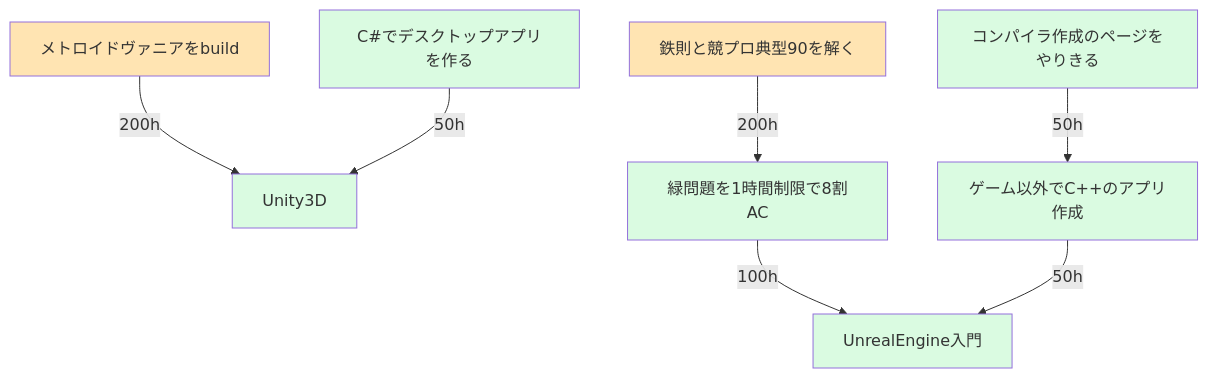
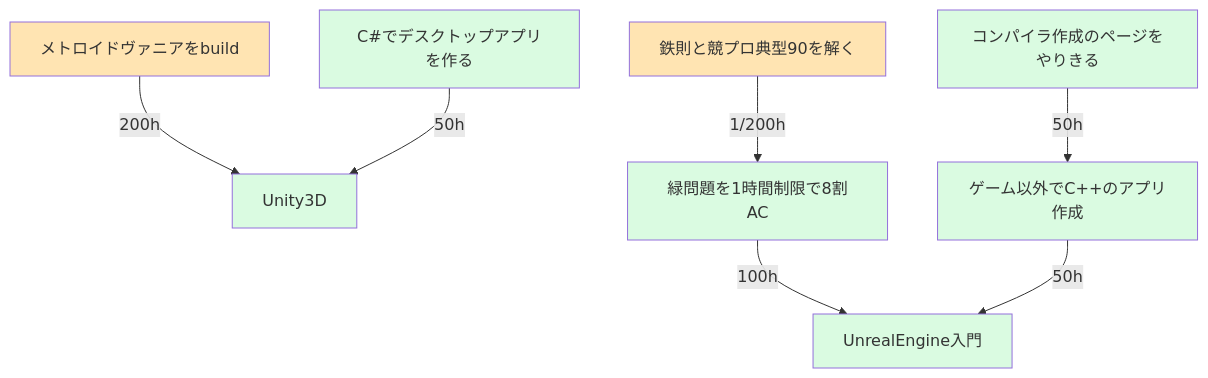
One commit to Toraneko0101/My_learning changed the second of 4 diagrams in tools/learning_path.md. Above: the diagram before and after it, drawn with Mermaid.

Commit message:
learnpath update 12:24/17:00

````diff
--- a/tools/learning_path.md
+++ b/tools/learning_path.md
@@ -51,11 +51,11 @@
 ```mermaid
 graph TD
   classDef todo fill:#dafbe1
   classDef inProgress fill:orange,fill-opacity:0.3
 メトロイドヴァニアをbuild:::inProgress -->|200h| Unity3D:::todo
 C#でデスクトップアプリを作る:::todo --> |50h| Unity3D:::todo
-鉄則と競プロ典型90を解く:::inProgress --> |200h| 緑問題を1時間制限で8割AC:::todo
+鉄則と競プロ典型90を解く:::inProgress --> |1/200h| 緑問題を1時間制限で8割AC:::todo
 緑問題を1時間制限で8割AC:::todo --> |100h| UnrealEngine入門:::todo
 コンパイラ作成のページをやりきる:::todo --> |50h| ゲーム以外でC++のアプリ作成:::todo
 ゲーム以外でC++のアプリ作成:::todo --> |50h| UnrealEngine入門:::todo
 ```
````
